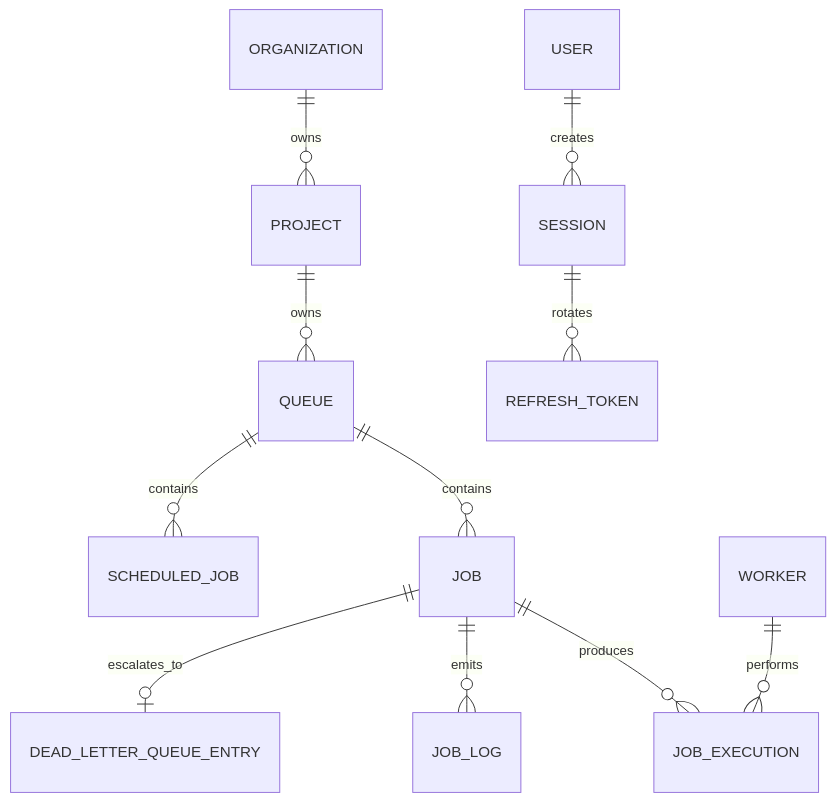
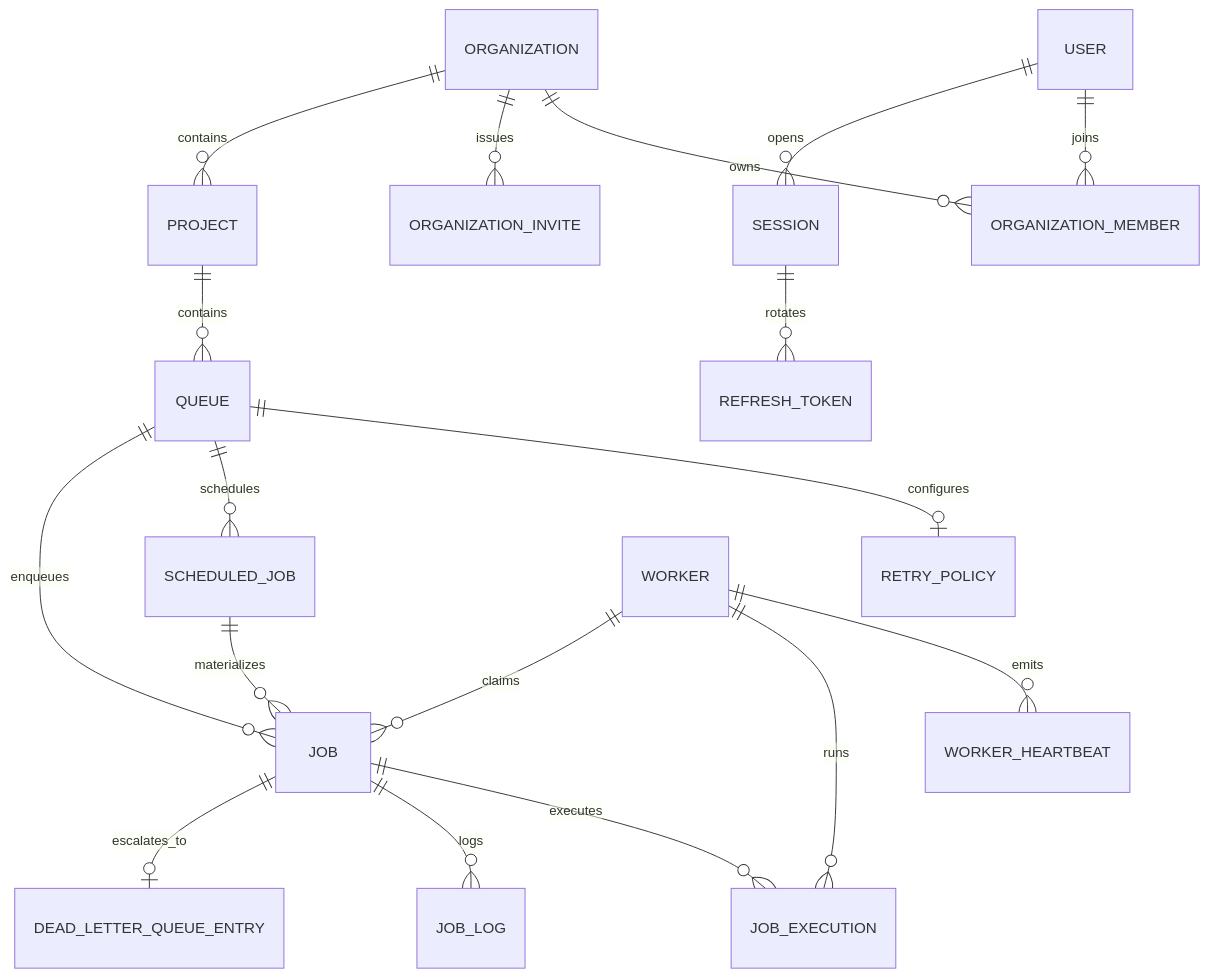
The second of 6 diagrams in RA2311003011711.md (namanmahajan2020/Distributed-Job-Scheduler), drawn with Mermaid before and after one commit. The commit also changed other lines of this file, not shown here.

````diff
--- a/RA2311003011711.md
+++ b/RA2311003011711.md
@@ -264,13 +487,20 @@
 ```mermaid
 erDiagram
-  ORGANIZATION ||--o{ PROJECT : owns
-  PROJECT ||--o{ QUEUE : owns
-  QUEUE ||--o{ JOB : contains
-  QUEUE ||--o{ SCHEDULED_JOB : contains
-  JOB ||--o{ JOB_EXECUTION : produces
-  JOB ||--o{ JOB_LOG : emits
+  USER ||--o{ ORGANIZATION_MEMBER : joins
+  ORGANIZATION ||--o{ ORGANIZATION_MEMBER : owns
+  ORGANIZATION ||--o{ ORGANIZATION_INVITE : issues
+  ORGANIZATION ||--o{ PROJECT : contains
+  PROJECT ||--o{ QUEUE : contains
+  QUEUE ||--o| RETRY_POLICY : configures
+  QUEUE ||--o{ SCHEDULED_JOB : schedules
+  QUEUE ||--o{ JOB : enqueues
+  SCHEDULED_JOB ||--o{ JOB : materializes
+  JOB ||--o{ JOB_EXECUTION : executes
+  JOB ||--o{ JOB_LOG : logs
   JOB ||--o| DEAD_LETTER_QUEUE_ENTRY : escalates_to
-  WORKER ||--o{ JOB_EXECUTION : performs
-  USER ||--o{ SESSION : creates
+  WORKER ||--o{ WORKER_HEARTBEAT : emits
+  WORKER ||--o{ JOB_EXECUTION : runs
+  WORKER ||--o{ JOB : claims
+  USER ||--o{ SESSION : opens
   SESSION ||--o{ REFRESH_TOKEN : rotates
 ```
````
